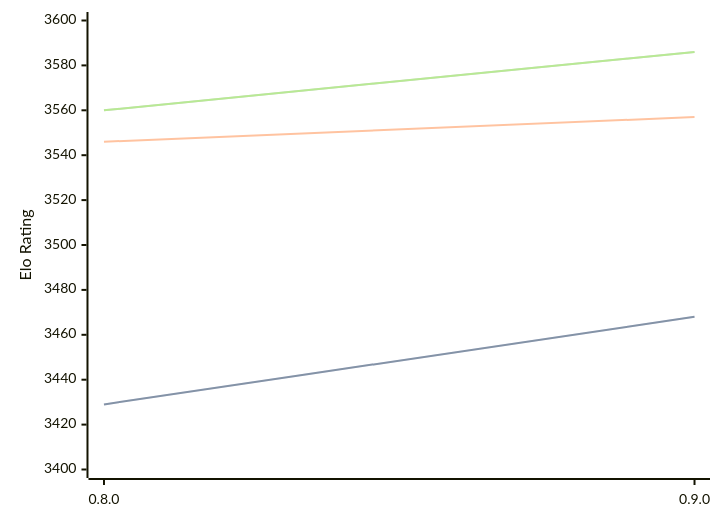
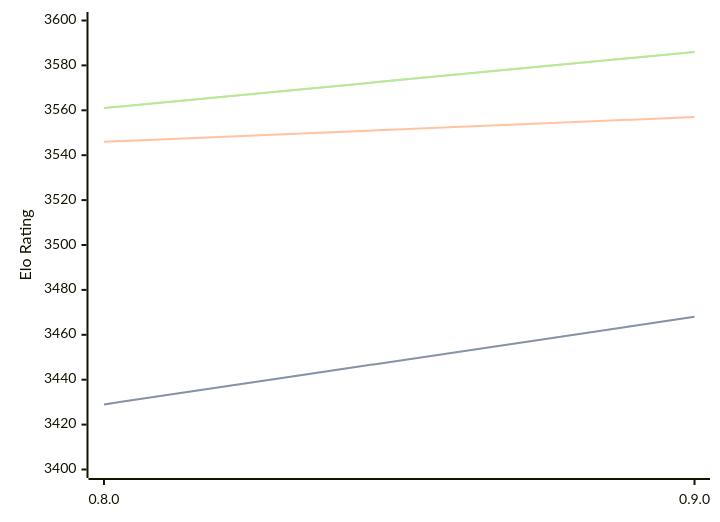
Before and after one commit to computer-chess-index/cci: the third of 3 diagrams in engines/Reckless.md, drawn with Mermaid. The commit also changed other lines of this file, not shown here.

Commit message:
Update CCI Ratings (ELO VLTC) - 2026-06-30

````diff
--- a/engines/Reckless.md
+++ b/engines/Reckless.md
@@ -72,11 +72,11 @@
 ```mermaid
 %%{init: {"theme":"base","themeVariables":{"seriesColors:['#a3a3a3','#222221','#faa371']}}}%%
 xychart-beta
   x-axis ["0.8.0", "0.9.0"]
   y-axis "Elo Rating" 3400 --> 3600
   line "STC (8.0+0.08s)" [3429, 3468]
   line "STC (8.0+0.08s)" [3429, 3468]
   line "LTC (60.0+0.60s)" [3546, 3557]
-  line "VLTC (2m24s+1.12s)" [3560, 3586]
-  line "VLTC (2m24s+1.12s)" [3560, 3586]
+  line "VLTC (2m24s+1.12s)" [3561, 3586]
+  line "VLTC (2m24s+1.12s)" [3561, 3586]
 ```
````
